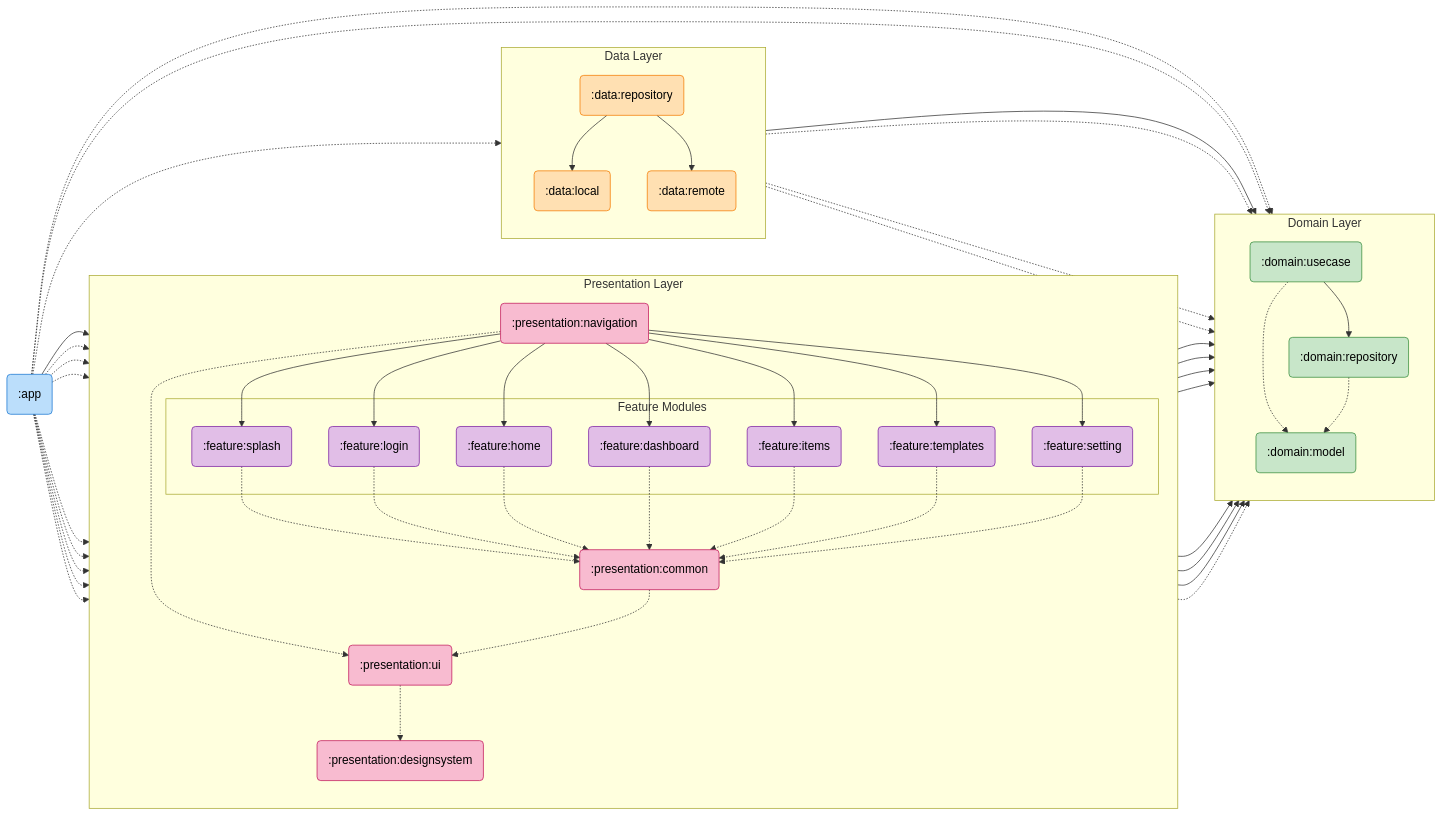
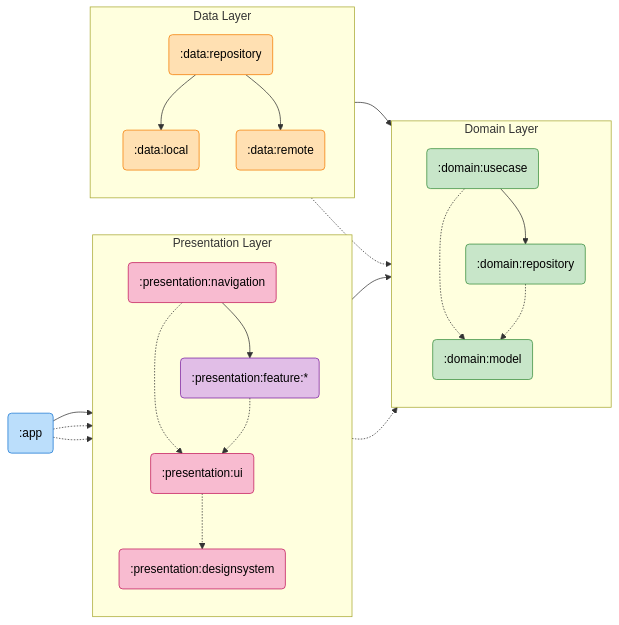
The diagram in README.md (segnities007/CheckMate), drawn with Mermaid before and after one commit.

````diff
--- a/README.md
+++ b/README.md
@@ -35,71 +35,53 @@
 ```mermaid
 graph LR
     %% スタイル定義
     classDef app fill:#BBDEFB,stroke:#1976D2,color:black
     classDef feature fill:#E1BEE7,stroke:#7B1FA2,color:black
     classDef ui fill:#F8BBD0,stroke:#C2185B,color:black
     classDef domain fill:#C8E6C9,stroke:#388E3C,color:black
     classDef data fill:#FFE0B2,stroke:#F57C00,color:black
 
     App(":app"):::app
 
     subgraph Presentation [Presentation Layer]
         direction TB
         Nav(":presentation:navigation"):::ui
-        
-        subgraph Features [Feature Modules]
-            Splash(":feature:splash"):::feature
-            Login(":feature:login"):::feature
-            Home(":feature:home"):::feature
-            Dashboard(":feature:dashboard"):::feature
-            Items(":feature:items"):::feature
-            Templates(":feature:templates"):::feature
-            Setting(":feature:setting"):::feature
-        end
-        
+        Features(":presentation:feature:*"):::feature
         UI(":presentation:ui"):::ui
-        CommonPres(":presentation:common"):::ui
         Design(":presentation:designsystem"):::ui
     end
 
     subgraph Domain [Domain Layer]
         direction TB
         UseCase(":domain:usecase"):::domain
         DomainModel(":domain:model"):::domain
         DomainRepo(":domain:repository"):::domain
     end
 
     subgraph Data [Data Layer]
         direction TB
         DataRepo(":data:repository"):::data
         Local(":data:local"):::data
         Remote(":data:remote"):::data
     end
 
     %% --- Main Dependency Flow (実線: 主要な流れ) ---
     App --> Nav
-    Nav --> Splash & Login & Home & Dashboard & Items & Templates & Setting
-    
-    Splash & Login & Home & Dashboard & Items & Templates & Setting --> UseCase
+    Nav --> Features
+    Features --> UseCase
     
     UseCase --> DomainRepo
     DataRepo --> DomainRepo
     DataRepo --> Local & Remote
 
     %% --- Auxiliary Dependencies (点線: 補助的・共通利用) ---
-    %% App Setup
-    App -.-> DataRepo & UseCase & DomainModel & UI & Splash & Login & Dashboard & Home & Items & Setting & Templates
-
-    %% UI & Common
+    App -.-> Features & UI
     Nav -.-> UI
-    Splash & Login & Home & Dashboard & Items & Templates & Setting -.-> CommonPres
-    CommonPres -.-> UI
+    Features -.-> UI
     UI -.-> Design
     UI -.-> DomainModel
 
-    %% Domain & Data Details
     UseCase -.-> DomainModel
     DomainRepo -.-> DomainModel
     DataRepo -.-> DomainModel
-    Local & Remote -.-> DomainModel
 ```
````
